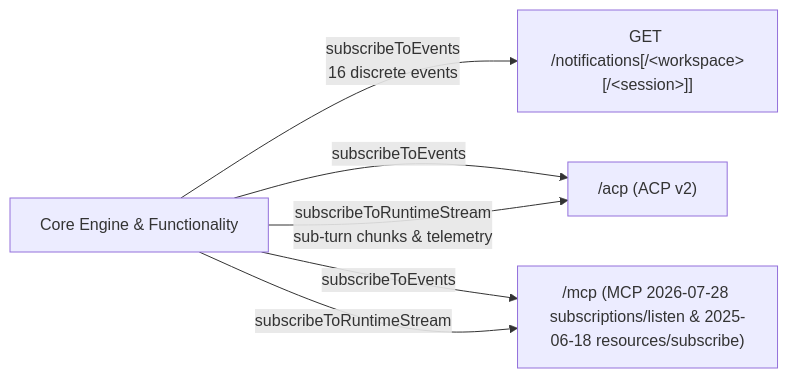
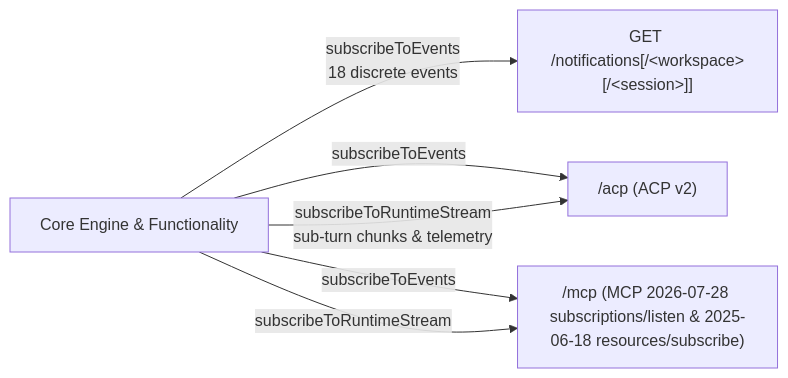
One commit to plurnk/plurnk-service changed the diagram in plurnk-core/docs/notifications.md. Above: the diagram before and after it, drawn with Mermaid. The commit also changed other lines of this file and 203 other files, not shown here.

````diff
--- a/plurnk-core/docs/notifications.md
+++ b/plurnk-core/docs/notifications.md
@@ -5,8 +5,8 @@
 ```mermaid
 flowchart LR
-    Core["Core Engine & Functionality"] -->|"subscribeToEvents<br/>16 discrete events"| SSE["GET /notifications[/&lt;workspace&gt;[/&lt;session&gt;]]"]
+    Core["Core Engine & Functionality"] -->|"subscribeToEvents<br/>18 discrete events"| SSE["GET /notifications[/&lt;workspace&gt;[/&lt;session&gt;]]"]
     Core -->|"subscribeToEvents"| ACP["/acp (ACP v2)"]
     Core -->|"subscribeToEvents"| MCP["/mcp (MCP 2026-07-28 subscriptions/listen & 2025-06-18 resources/subscribe)"]
     Core -->|"subscribeToRuntimeStream<br/>sub-turn chunks & telemetry"| ACP
     Core -->|"subscribeToRuntimeStream"| MCP
 ```
````
